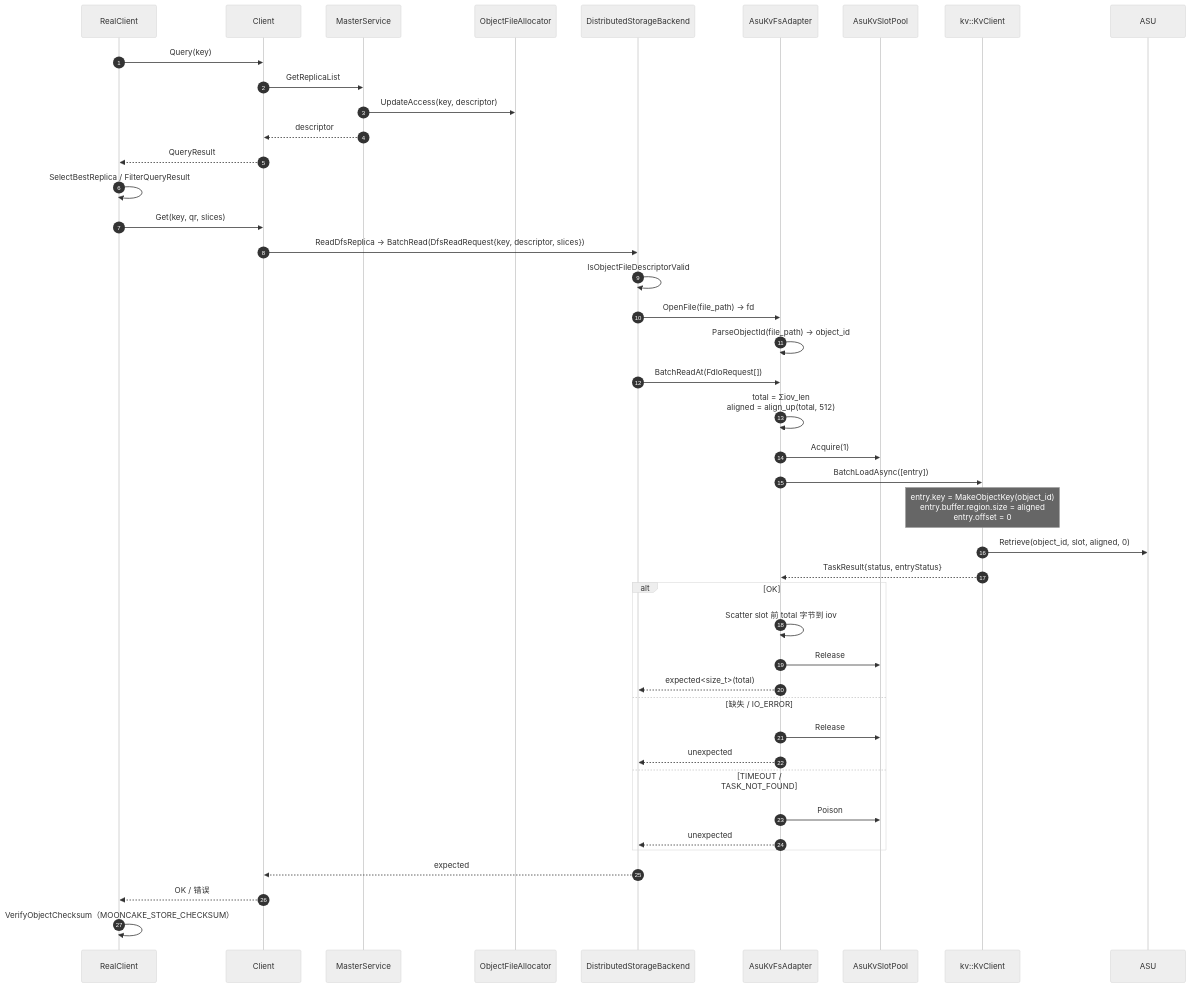
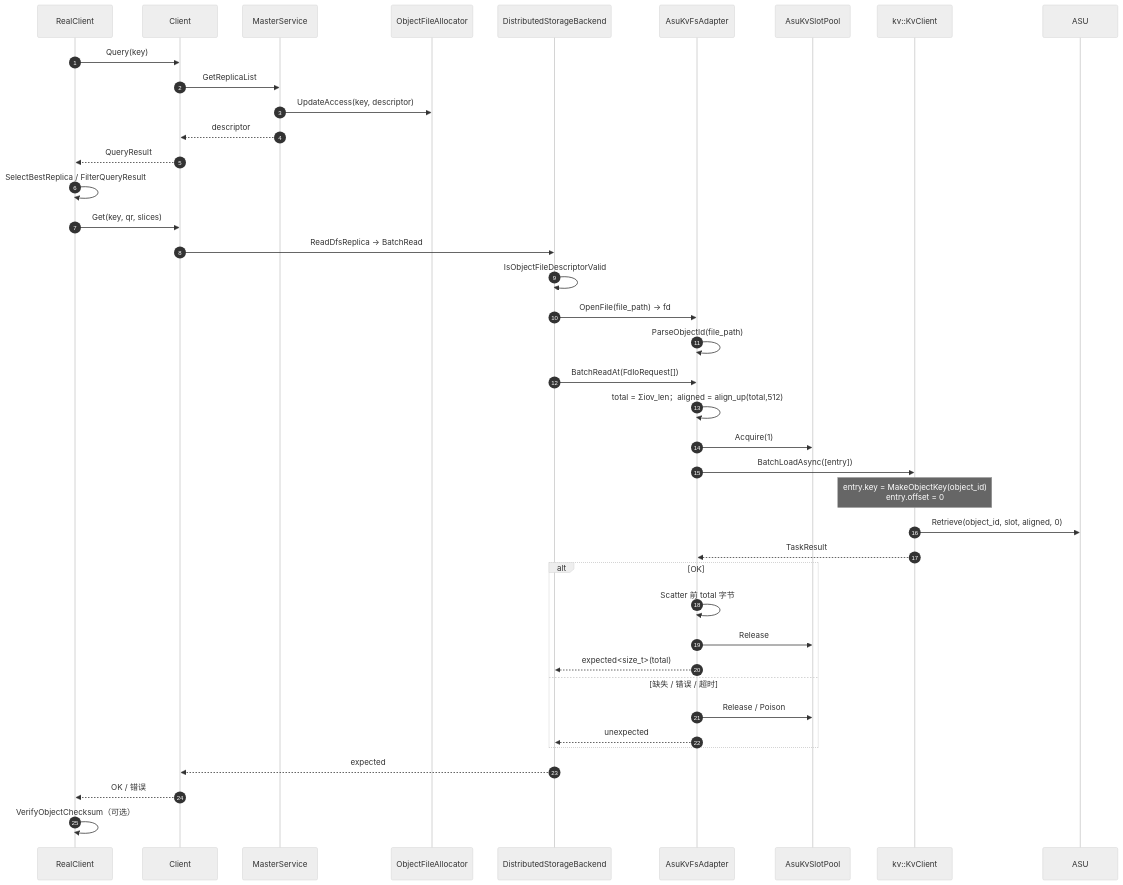
The sixth of 10 diagrams in asu-dfs-per-object-file-design.md (zwj20000328-dotcom/Mooncake-documents), drawn with Mermaid (neutral theme) before and after one commit. The commit also changed other lines of this file, not shown here.

Commit message:
modified:   asu-dfs-per-object-file-design.md

````diff
--- a/asu-dfs-per-object-file-design.md
+++ b/asu-dfs-per-object-file-design.md
@@ -526,50 +360,43 @@
 ```mermaid
 sequenceDiagram
     autonumber
     participant RC as RealClient
     participant C as Client
     participant MS as MasterService
     participant OA as ObjectFileAllocator
     participant BE as DistributedStorageBackend
     participant AD as AsuKvFsAdapter
     participant SL as AsuKvSlotPool
     participant KC as kv::KvClient
     participant ASU as ASU
 
     RC->>C: Query(key)
     C->>MS: GetReplicaList
     MS->>OA: UpdateAccess(key, descriptor)
     MS-->>C: descriptor
     C-->>RC: QueryResult
-
     RC->>RC: SelectBestReplica / FilterQueryResult
     RC->>C: Get(key, qr, slices)
-    C->>BE: ReadDfsReplica → BatchRead(DfsReadRequest{key, descriptor, slices})
+    C->>BE: ReadDfsReplica → BatchRead
     BE->>BE: IsObjectFileDescriptorValid
     BE->>AD: OpenFile(file_path) → fd
-    AD->>AD: ParseObjectId(file_path) → object_id
+    AD->>AD: ParseObjectId(file_path)
     BE->>AD: BatchReadAt(FdIoRequest[])
-
-    AD->>AD: total = Σiov_len<br/>aligned = align_up(total, 512)
+    AD->>AD: total = Σiov_len；aligned = align_up(total,512)
     AD->>SL: Acquire(1)
     AD->>KC: BatchLoadAsync([entry])
-    Note over KC: entry.key = MakeObjectKey(object_id)<br/>entry.buffer.region.size = aligned<br/>entry.offset = 0
+    Note over KC: entry.key = MakeObjectKey(object_id)<br/>entry.offset = 0
     KC->>ASU: Retrieve(object_id, slot, aligned, 0)
-    KC-->>AD: TaskResult{status, entryStatus}
-
+    KC-->>AD: TaskResult
     alt OK
-        AD->>AD: Scatter slot 前 total 字节到 iov
+        AD->>AD: Scatter 前 total 字节
         AD->>SL: Release
         AD-->>BE: expected<size_t>(total)
-    else 缺失 / IO_ERROR
-        AD->>SL: Release
-        AD-->>BE: unexpected
-    else TIMEOUT / TASK_NOT_FOUND
-        AD->>SL: Poison
+    else 缺失 / 错误 / 超时
+        AD->>SL: Release / Poison
         AD-->>BE: unexpected
     end
-
     BE-->>C: expected
     C-->>RC: OK / 错误
-    RC->>RC: VerifyObjectChecksum（MOONCAKE_STORE_CHECKSUM）
+    RC->>RC: VerifyObjectChecksum（可选）
 ```
````
